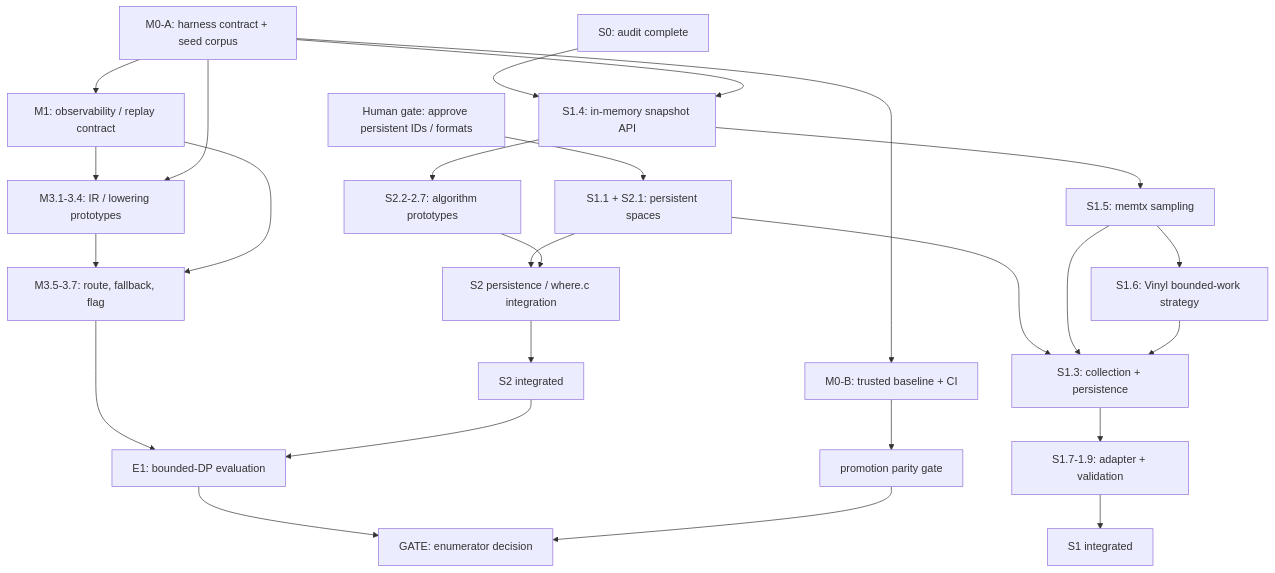
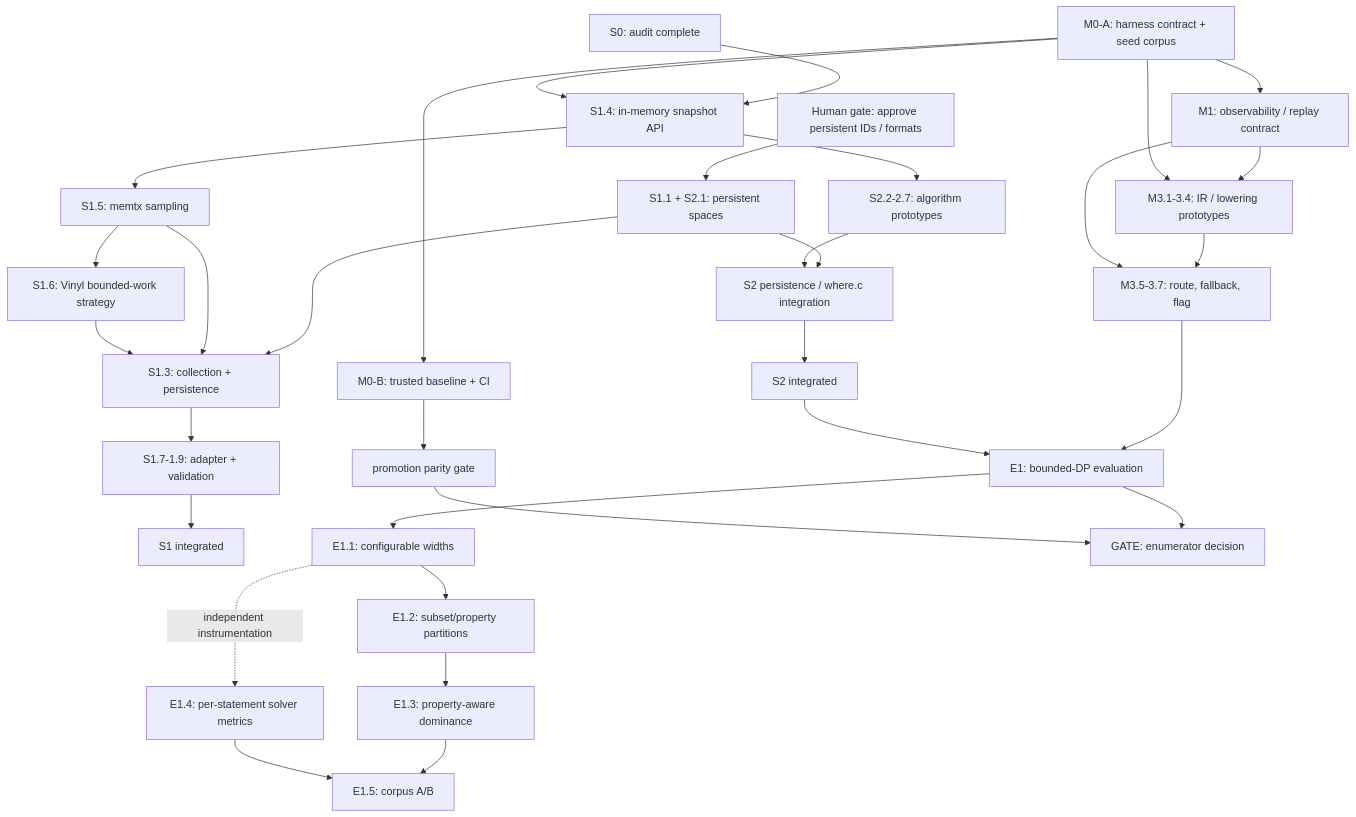
Before and after one commit to tsafin/tarantool-dsql: the diagram in docs/vdbe/roadmap.md, drawn with Mermaid. The commit also changed other lines of this file and 1 other file, not shown here.

````diff
--- a/docs/vdbe/roadmap.md
+++ b/docs/vdbe/roadmap.md
@@ -81,28 +81,34 @@
 ```mermaid
 flowchart TD
     A["M0-A: harness contract + seed corpus"] --> B["M0-B: trusted baseline + CI"]
     A --> C["M1: observability / replay contract"]
     D["S0: audit complete"] --> E["S1.4: in-memory snapshot API"]
     A --> E
     E --> F["S2.2-2.7: algorithm prototypes"]
     C --> G["M3.1-3.4: IR / lowering prototypes"]
     A --> G
     G --> H["M3.5-3.7: route, fallback, flag"]
     C --> H
     P["Human gate: approve persistent IDs / formats"] --> Q["S1.1 + S2.1: persistent spaces"]
     E --> R["S1.5: memtx sampling"]
     R --> R2["S1.6: Vinyl bounded-work strategy"]
     Q --> S["S1.3: collection + persistence"]
     R --> S
     R2 --> S
     S --> T["S1.7-1.9: adapter + validation"]
     Q --> U["S2 persistence / where.c integration"]
     F --> U
     U --> V["S2 integrated"]
     T --> W["S1 integrated"]
     H --> X["E1: bounded-DP evaluation"]
     V --> X
+    X --> X1["E1.1: configurable widths"]
+    X1 --> X2["E1.2: subset/property partitions"]
+    X2 --> X3["E1.3: property-aware dominance"]
+    X1 -. "independent instrumentation" .-> X4["E1.4: per-statement solver metrics"]
+    X3 --> X5["E1.5: corpus A/B"]
+    X4 --> X5
     B --> Y["promotion parity gate"]
     X --> Z["GATE: enumerator decision"]
     Y --> Z
 ```
````
